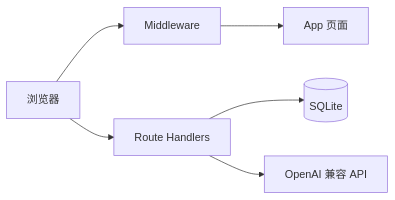
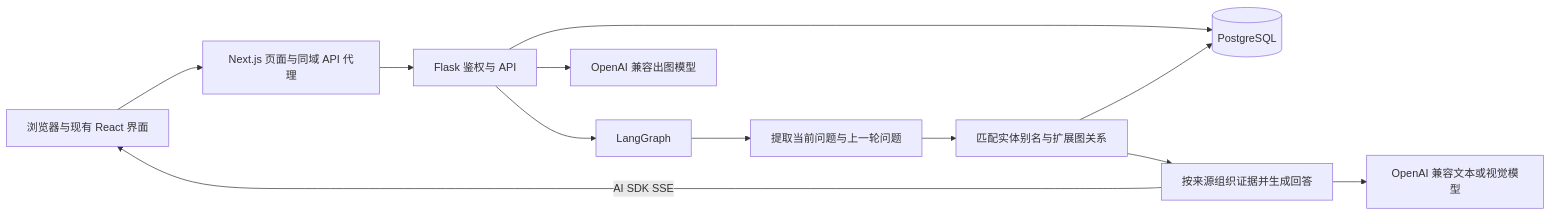
The diagram in docs/ARCHITECTURE.md (ycvenopyer/iTip), drawn with Mermaid before and after one commit. The commit also changed other lines of this file and 92 other files, not shown here.

````diff
--- a/docs/ARCHITECTURE.md
+++ b/docs/ARCHITECTURE.md
@@ -34,14 +3,14 @@
 ```mermaid
 flowchart LR
-  Browser[浏览器]
-  MW[Middleware]
-  Pages[App 页面]
-  API[Route Handlers]
-  DB[(SQLite)]
-  LLM[OpenAI 兼容 API]
-
-  Browser --> MW --> Pages
-  Browser --> API
-  API --> DB
-  API --> LLM
+  B[浏览器与现有 React 界面] --> N[Next.js 页面与同域 API 代理]
+  N --> F[Flask 鉴权与 API]
+  F --> P[(PostgreSQL)]
+  F --> L[LangGraph]
+  L --> Q[提取当前问题与上一轮问题]
+  Q --> R[匹配实体别名与扩展图关系]
+  R --> P
+  R --> A[按来源组织证据并生成回答]
+  A --> M[OpenAI 兼容文本或视觉模型]
+  A -->|AI SDK SSE| B
+  F --> I[OpenAI 兼容出图模型]
 ```
````
